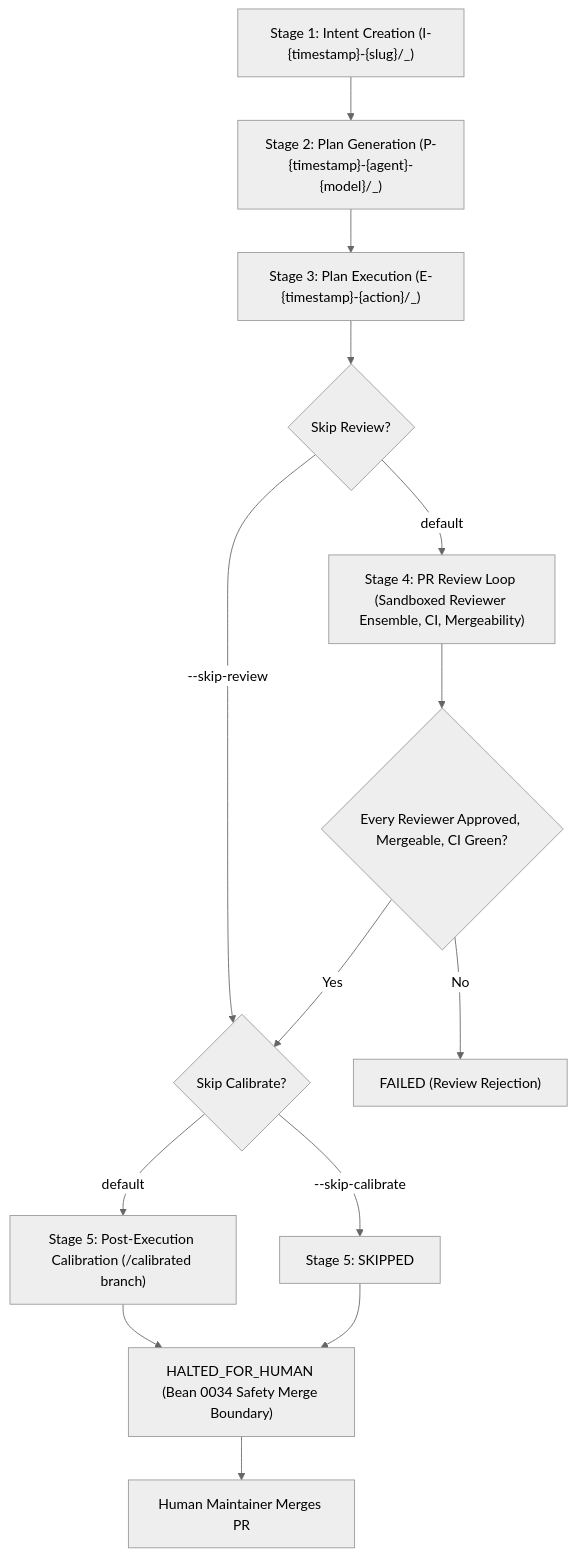
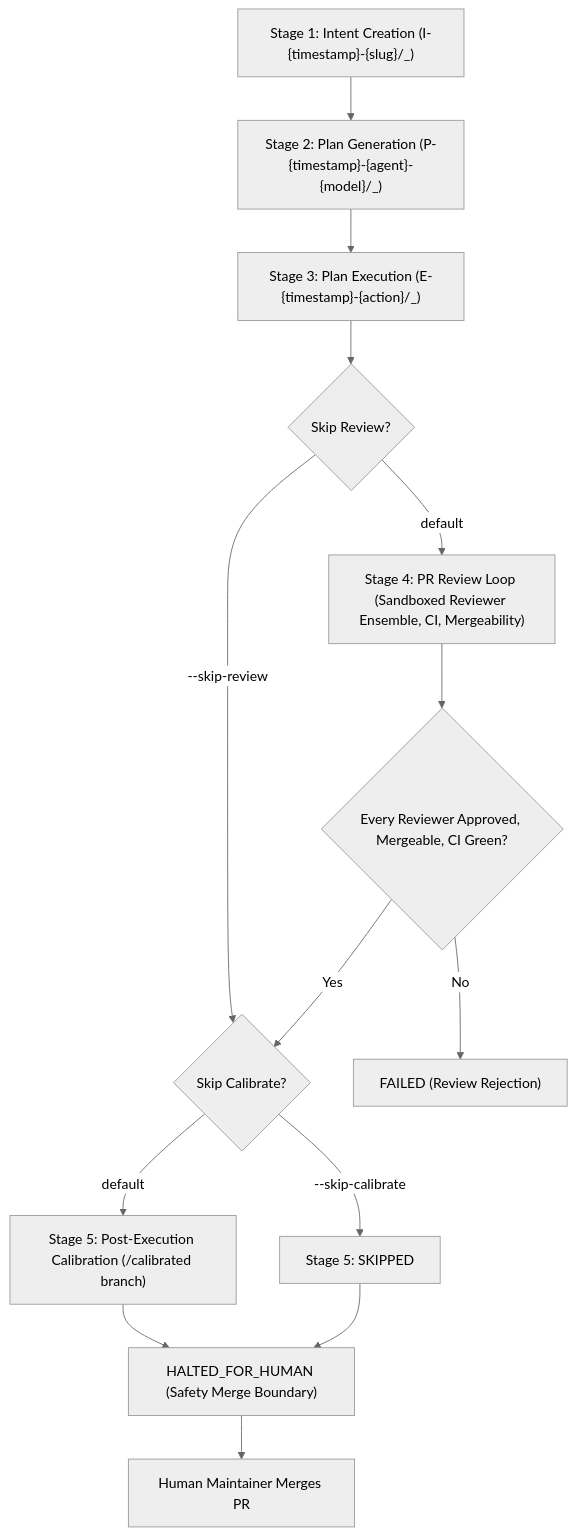
One commit to Holon-Agentic-Coder/holon-agentic-coder changed the third of 3 diagrams in README.md. Above: the diagram before and after it, drawn with Mermaid (neutral theme). The commit also changed other lines of this file and 65 other files, not shown here.

First line of the commit message:
feat(purge): Purge all harness bean references, bean IDs, and BEAN SAFETY HALT strings from holon... (#141)

````diff
--- a/README.md
+++ b/README.md
@@ -869,16 +869,16 @@
 ```mermaid
 flowchart TD
     S1["Stage 1: Intent Creation (I-{timestamp}-{slug}/_)"] --> S2["Stage 2: Plan Generation (P-{timestamp}-{agent}-{model}/_)"]
     S2 --> S3["Stage 3: Plan Execution (E-{timestamp}-{action}/_)"]
     S3 --> C1{"Skip Review?"}
     C1 -- "--skip-review" --> C2{"Skip Calibrate?"}
     C1 -- "default" --> S4["Stage 4: PR Review Loop (Sandboxed Reviewer Ensemble, CI, Mergeability)"]
     S4 --> H1{"Every Reviewer Approved, Mergeable, CI Green?"}
     H1 -- "Yes" --> C2
     H1 -- "No" --> F1["FAILED (Review Rejection)"]
     C2 -- "--skip-calibrate" --> S_SKIP["Stage 5: SKIPPED"]
     C2 -- "default" --> S5["Stage 5: Post-Execution Calibration (/calibrated branch)"]
-    S5 --> HALT["HALTED_FOR_HUMAN (Bean 0034 Safety Merge Boundary)"]
+    S5 --> HALT["HALTED_FOR_HUMAN (Safety Merge Boundary)"]
     S_SKIP --> HALT
     HALT --> DONE["Human Maintainer Merges PR"]
 ```
````
